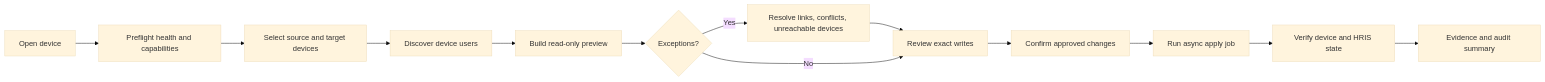
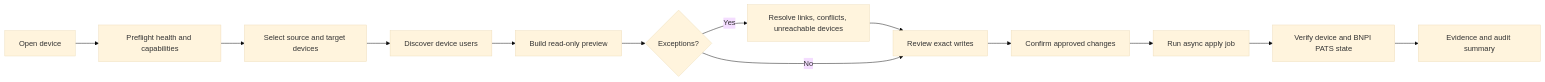
The diagram in docs/00-product/PRD-device-enrollment.md (bnpimanufacturingsolution/bandai-infra-bnpi-pats), drawn with Mermaid (base theme) before and after one commit. The commit also changed other lines of this file and 4037 other files, not shown here.

````diff
--- a/docs/00-product/PRD-device-enrollment.md
+++ b/docs/00-product/PRD-device-enrollment.md
@@ -21,15 +21,15 @@
 ```mermaid
 flowchart LR
   A[Open device] --> B[Preflight health and capabilities]
   B --> C[Select source and target devices]
   C --> D[Discover device users]
   D --> E[Build read-only preview]
   E --> F{Exceptions?}
   F -- Yes --> G[Resolve links, conflicts, unreachable devices]
   G --> H[Review exact writes]
   F -- No --> H
   H --> I[Confirm approved changes]
   I --> J[Run async apply job]
-  J --> K[Verify device and HRIS state]
+  J --> K[Verify device and BNPI PATS state]
   K --> L[Evidence and audit summary]
 ```
````
